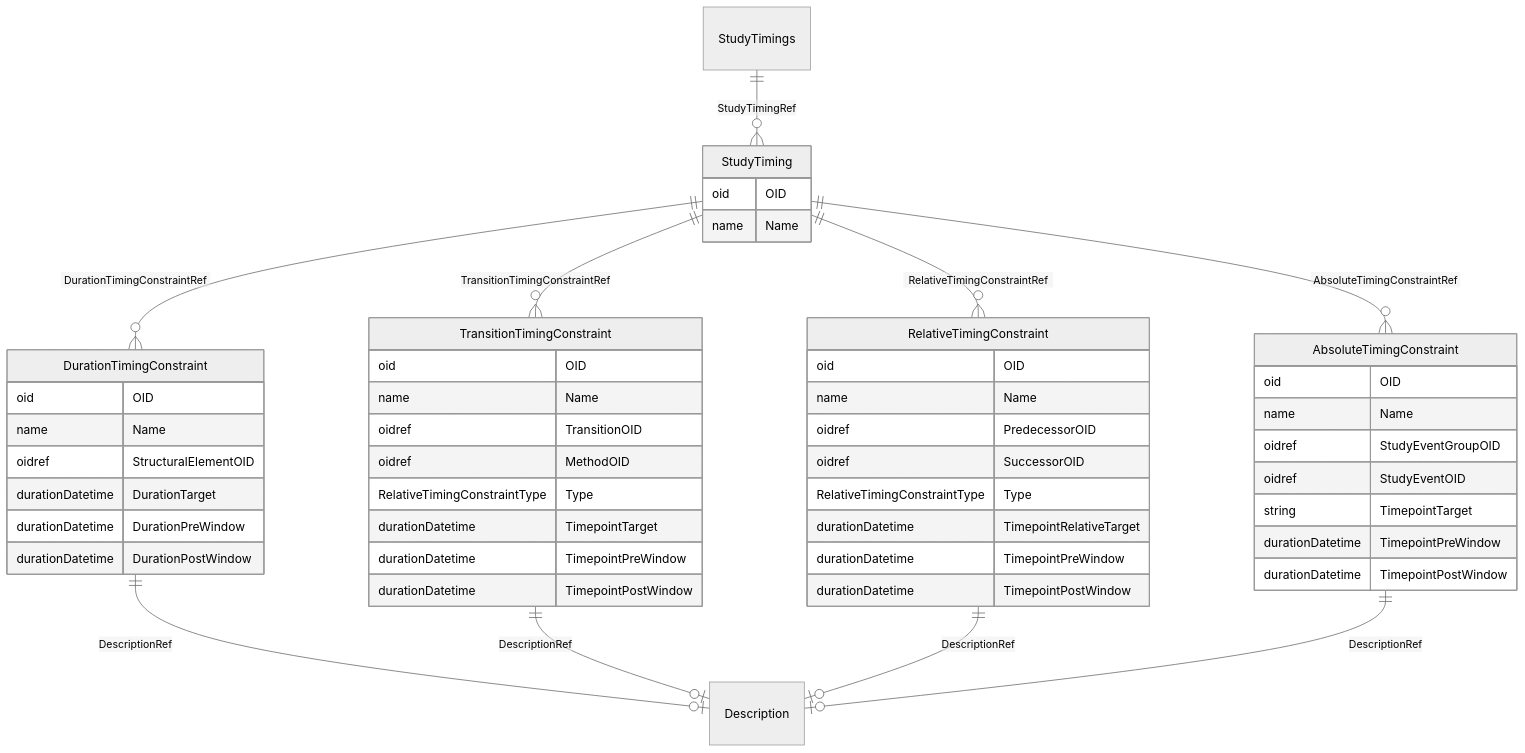
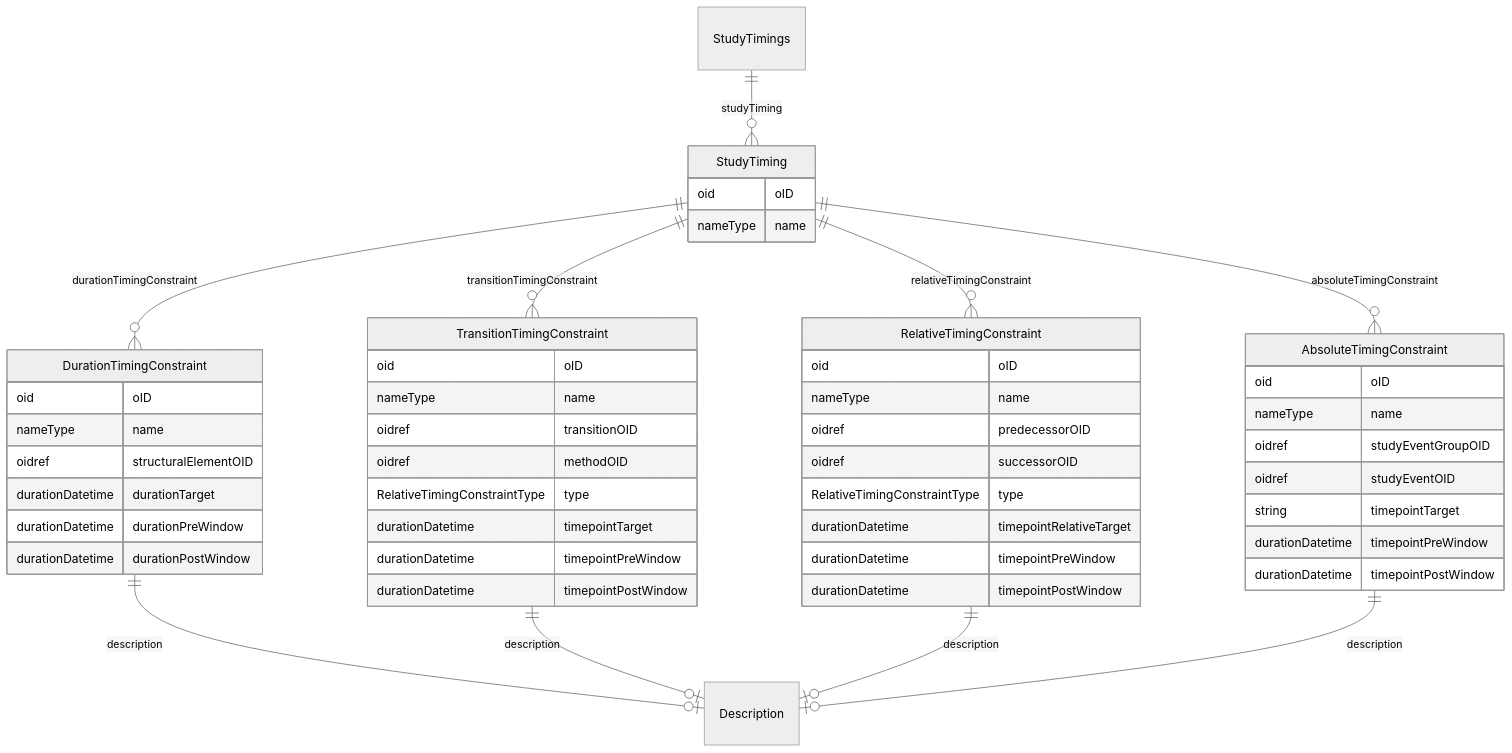
Before and after one commit to cdisc-org/DataExchange-ODM-LinkML: the diagram in docs/StudyTimings.md, drawn with Mermaid (neutral theme). The commit also changed other lines of this file and 759 other files, not shown here.

````diff
--- a/docs/StudyTimings.md
+++ b/docs/StudyTimings.md
@@ -11,58 +11,58 @@
 ```mermaid
 erDiagram
 StudyTimings {
 
 }
 StudyTiming {
-    oid OID  
-    name Name  
+    oid oID  
+    nameType name  
 }
 DurationTimingConstraint {
-    oid OID  
-    name Name  
-    oidref StructuralElementOID  
-    durationDatetime DurationTarget  
-    durationDatetime DurationPreWindow  
-    durationDatetime DurationPostWindow  
+    oid oID  
+    nameType name  
+    oidref structuralElementOID  
+    durationDatetime durationTarget  
+    durationDatetime durationPreWindow  
+    durationDatetime durationPostWindow  
 }
 TransitionTimingConstraint {
-    oid OID  
-    name Name  
-    oidref TransitionOID  
-    oidref MethodOID  
-    RelativeTimingConstraintType Type  
-    durationDatetime TimepointTarget  
-    durationDatetime TimepointPreWindow  
-    durationDatetime TimepointPostWindow  
+    oid oID  
+    nameType name  
+    oidref transitionOID  
+    oidref methodOID  
+    RelativeTimingConstraintType type  
+    durationDatetime timepointTarget  
+    durationDatetime timepointPreWindow  
+    durationDatetime timepointPostWindow  
 }
 RelativeTimingConstraint {
-    oid OID  
-    name Name  
-    oidref PredecessorOID  
-    oidref SuccessorOID  
-    RelativeTimingConstraintType Type  
-    durationDatetime TimepointRelativeTarget  
-    durationDatetime TimepointPreWindow  
-    durationDatetime TimepointPostWindow  
+    oid oID  
+    nameType name  
+    oidref predecessorOID  
+    oidref successorOID  
+    RelativeTimingConstraintType type  
+    durationDatetime timepointRelativeTarget  
+    durationDatetime timepointPreWindow  
+    durationDatetime timepointPostWindow  
 }
 AbsoluteTimingConstraint {
-    oid OID  
-    name Name  
-    oidref StudyEventGroupOID  
-    oidref StudyEventOID  
-    string TimepointTarget  
-    durationDatetime TimepointPreWindow  
-    durationDatetime TimepointPostWindow  
+    oid oID  
+    nameType name  
+    oidref studyEventGroupOID  
+    oidref studyEventOID  
+    string timepointTarget  
+    durationDatetime timepointPreWindow  
+    durationDatetime timepointPostWindow  
 }
 
-StudyTimings ||--}o StudyTiming : "StudyTimingRef"
-StudyTiming ||--}o AbsoluteTimingConstraint : "AbsoluteTimingConstraintRef"
-StudyTiming ||--}o RelativeTimingConstraint : "RelativeTimingConstraintRef"
-StudyTiming ||--}o TransitionTimingConstraint : "TransitionTimingConstraintRef"
-StudyTiming ||--}o DurationTimingConstraint : "DurationTimingConstraintRef"
-DurationTimingConstraint ||--|o Description : "DescriptionRef"
-TransitionTimingConstraint ||--|o Description : "DescriptionRef"
-RelativeTimingConstraint ||--|o Description : "DescriptionRef"
-AbsoluteTimingConstraint ||--|o Description : "DescriptionRef"
+StudyTimings ||--}o StudyTiming : "studyTiming"
+StudyTiming ||--}o AbsoluteTimingConstraint : "absoluteTimingConstraint"
+StudyTiming ||--}o RelativeTimingConstraint : "relativeTimingConstraint"
+StudyTiming ||--}o TransitionTimingConstraint : "transitionTimingConstraint"
+StudyTiming ||--}o DurationTimingConstraint : "durationTimingConstraint"
+DurationTimingConstraint ||--|o Description : "description"
+TransitionTimingConstraint ||--|o Description : "description"
+RelativeTimingConstraint ||--|o Description : "description"
+AbsoluteTimingConstraint ||--|o Description : "description"
 
 ```
````
